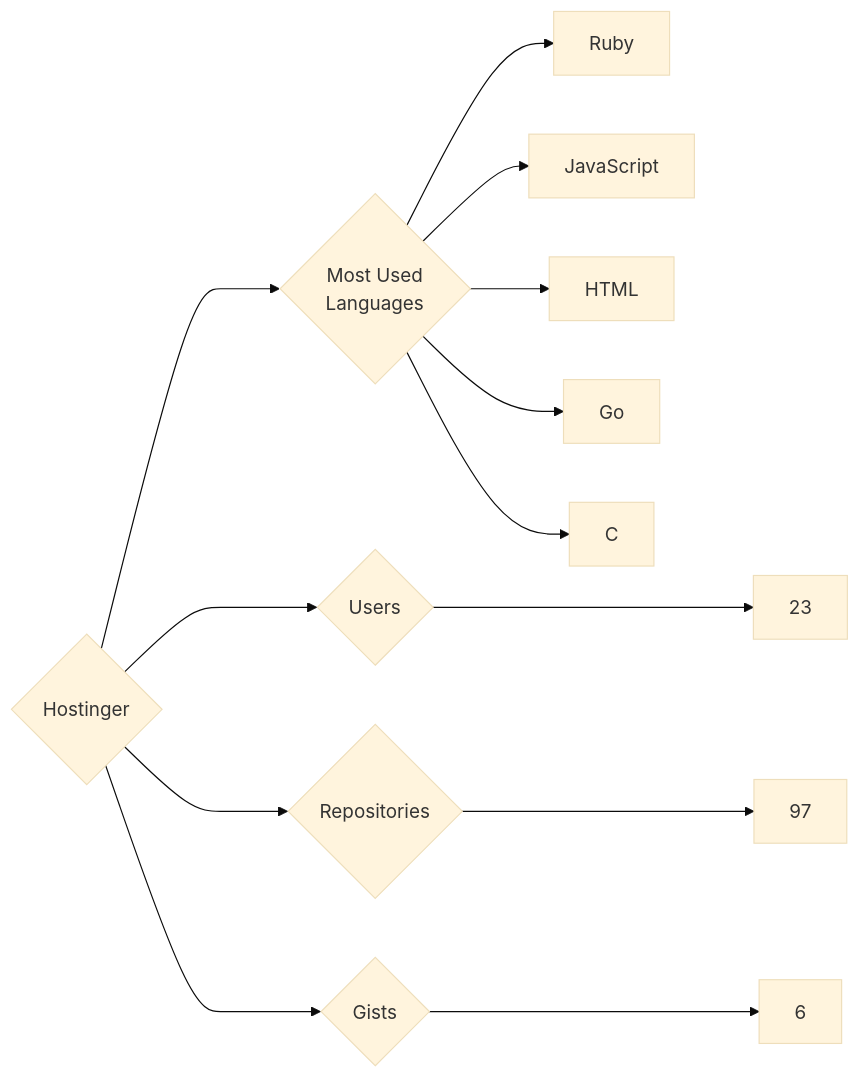
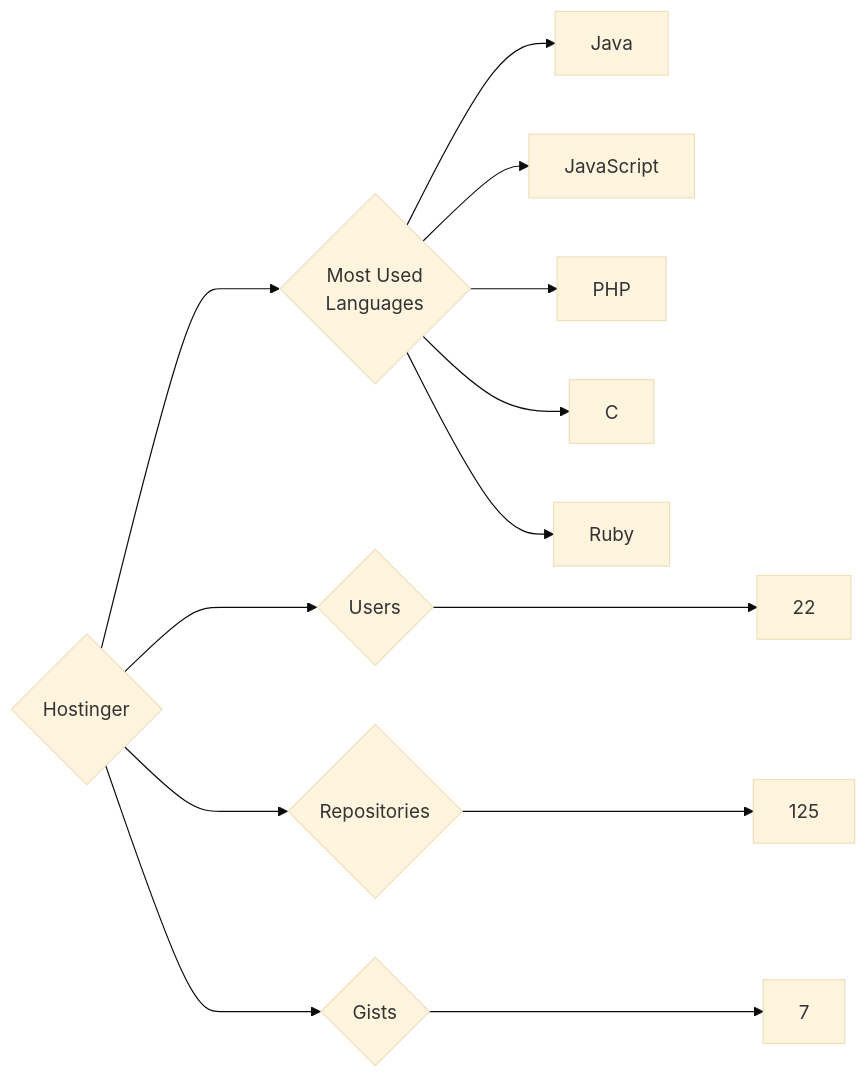
Before and after one commit to trickest/insiders: the diagram in targets/Hostinger/README.md, drawn with Mermaid (base theme). The commit also changed 951 other files, not shown here.

````diff
--- a/targets/Hostinger/README.md
+++ b/targets/Hostinger/README.md
@@ -3,13 +3,13 @@
 ```mermaid
 graph LR
 COMPANY_NAME{Hostinger}
-COMPANY_NAME ---> U{Users} ---> UN[23]
-COMPANY_NAME ---> R{Repositories} ---> RN[97]
-COMPANY_NAME ---> G{Gists} ---> GN[6]
+COMPANY_NAME ---> U{Users} ---> UN[22]
+COMPANY_NAME ---> R{Repositories} ---> RN[125]
+COMPANY_NAME ---> G{Gists} ---> GN[7]
 COMPANY_NAME ---> ML{Most Used<br>Languages}
+ML --> Java[Java]
+ML --> JavaScript[JavaScript]
+ML --> PHP[PHP]
+ML --> C[C]
 ML --> Ruby[Ruby]
-ML --> JavaScript[JavaScript]
-ML --> HTML[HTML]
-ML --> Go[Go]
-ML --> C[C]
 ```
````
